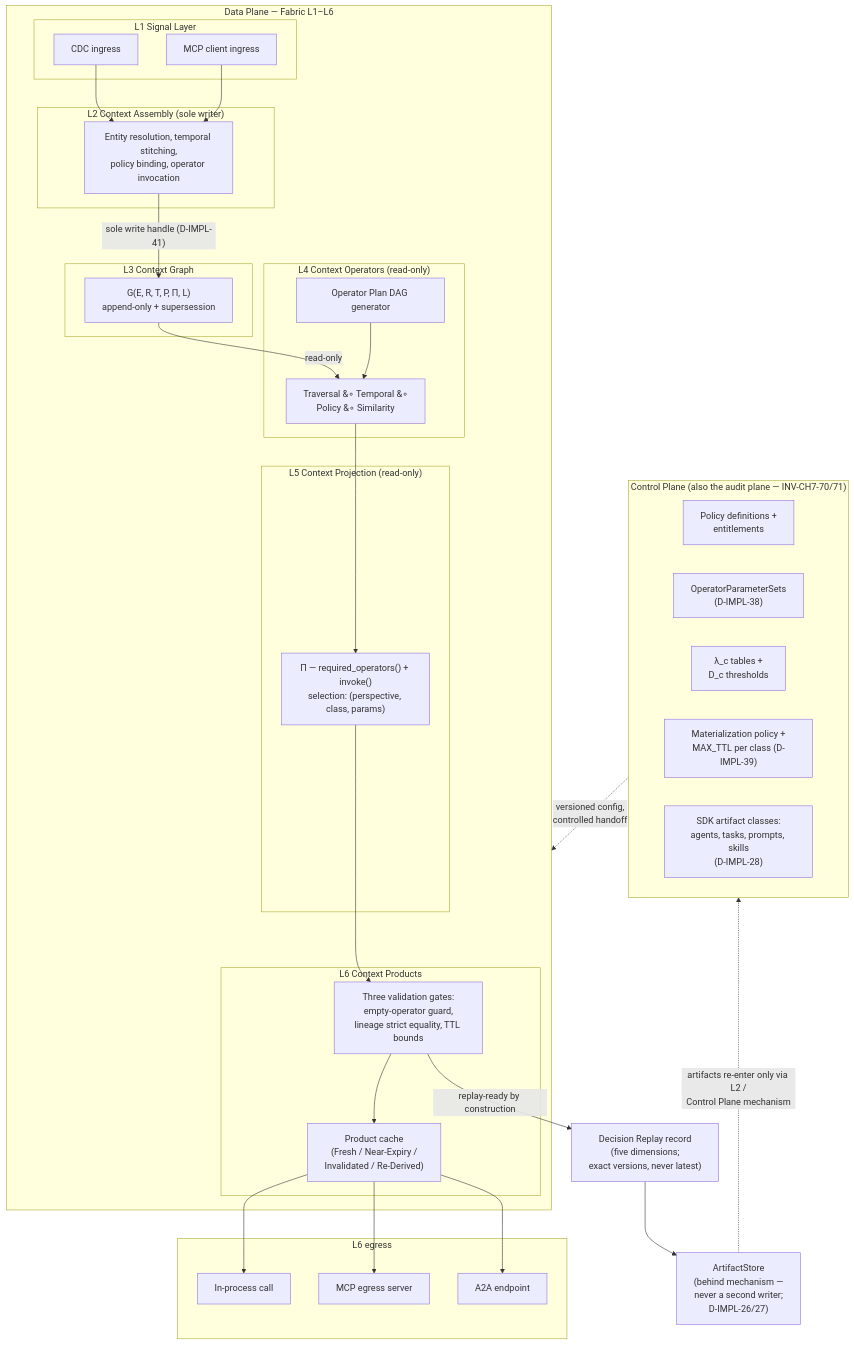
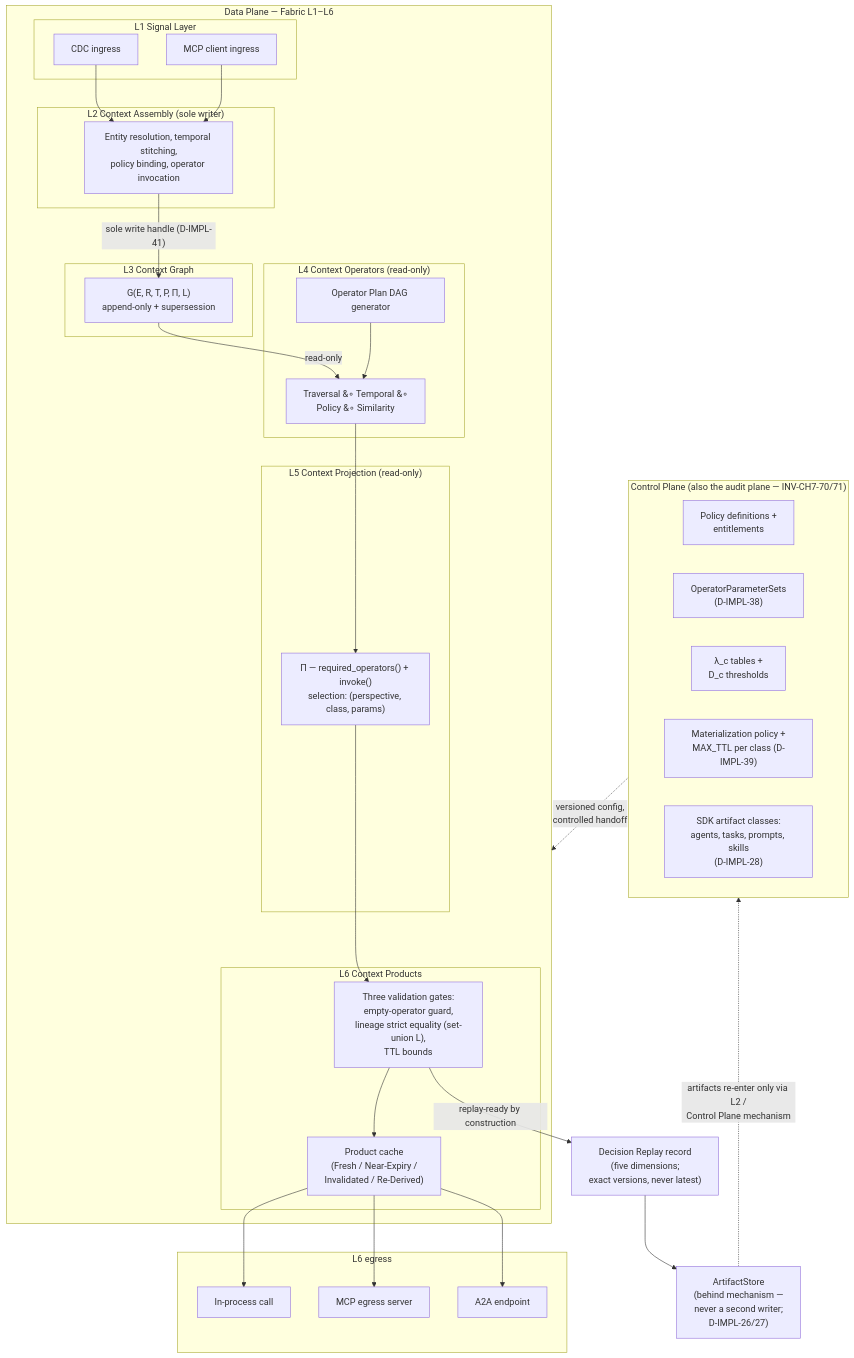
One commit to scorpioanil-GCP/ccf_demo changed the diagram in public/diagrams/pillar-data-context.mmd. Above: the diagram before and after it, drawn with Mermaid.

Commit message:
fix(14): rework a whitepaper quote in a diagram source (CR-02 follow-through)
The first full run of the widened scan flagged a ten-word whitepaper run in
public/diagrams/pillar-data-context.mmd — a file that shipped verbatim into
site/diagrams/ and that the old TEXT_SUFFIXES allowlist never read. Exactly
the channel CR-02 predicted. Reworked per D-20 rather than excepted; gate
ordering and meaning of the label are unchanged.

Claude-Session: https://claude.ai/code/session_01HhA5wDZqcXBbX5UiFeLJBc

```diff
--- a/public/diagrams/pillar-data-context.mmd
+++ b/public/diagrams/pillar-data-context.mmd
@@ -1,57 +1,57 @@
 flowchart TD
     subgraph CP["Control Plane (also the audit plane — INV-CH7-70/71)"]
         Policies["Policy definitions +<br/>entitlements"]
         Params["OperatorParameterSets<br/>(D-IMPL-38)"]
         Lambda["λ_c tables +<br/>D_c thresholds"]
         MatPol["Materialization policy +<br/>MAX_TTL per class (D-IMPL-39)"]
         Artifacts["SDK artifact classes:<br/>agents, tasks, prompts, skills<br/>(D-IMPL-28)"]
     end
 
     subgraph FABRIC["Data Plane — Fabric L1–L6"]
         subgraph L1["L1 Signal Layer"]
             CDC["CDC ingress"]
             MCPin["MCP client ingress"]
         end
         subgraph L2["L2 Context Assembly (sole writer)"]
             Assembly["Entity resolution, temporal stitching,<br/>policy binding, operator invocation"]
         end
         subgraph L3["L3 Context Graph"]
             Graph["G(E, R, T, P, &Pi;, L)<br/>append-only + supersession"]
         end
         subgraph L4["L4 Context Operators (read-only)"]
             Ops["Traversal &#8728; Temporal &#8728;<br/>Policy &#8728; Similarity"]
             Planner["Operator Plan DAG generator"]
         end
         subgraph L5["L5 Context Projection (read-only)"]
             Pi["&Pi; — required_operators() + invoke()<br/>selection: (perspective, class, params)"]
         end
         subgraph L6["L6 Context Products"]
-            Gates["Three validation gates:<br/>empty-operator guard,<br/>lineage strict equality, TTL bounds"]
+            Gates["Three validation gates:<br/>empty-operator guard,<br/>lineage strict equality (set-union L),<br/>TTL bounds"]
             Cache["Product cache<br/>(Fresh / Near-Expiry /<br/>Invalidated / Re-Derived)"]
         end
     end
 
     subgraph EGRESS["L6 egress"]
         InProc["In-process call"]
         MCPout["MCP egress server"]
         A2A["A2A endpoint"]
     end
 
     Store["ArtifactStore<br/>(behind mechanism —<br/>never a second writer;<br/>D-IMPL-26/27)"]
     Replay["Decision Replay record<br/>(five dimensions;<br/>exact versions, never latest)"]
 
     CDC --> Assembly
     MCPin --> Assembly
     Assembly -- "sole write handle (D-IMPL-41)" --> Graph
     Graph -- "read-only" --> Ops
     Planner --> Ops
     Ops --> Pi
     Pi --> Gates
     Gates --> Cache
     Cache --> InProc
     Cache --> MCPout
     Cache --> A2A
     CP -. "versioned config,<br/>controlled handoff" .-> FABRIC
     Gates -- "replay-ready by construction" --> Replay
     Replay --> Store
     Store -. "artifacts re-enter only via L2 /<br/>Control Plane mechanism" .-> CP
```
